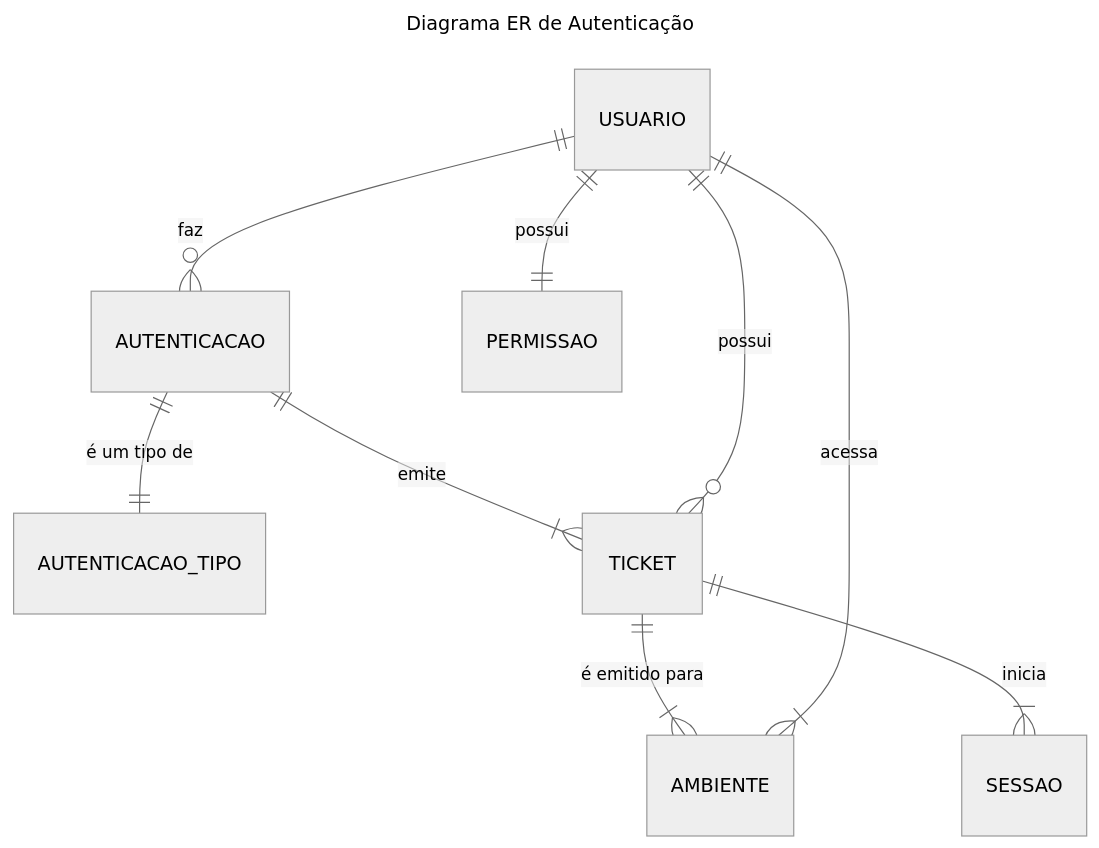
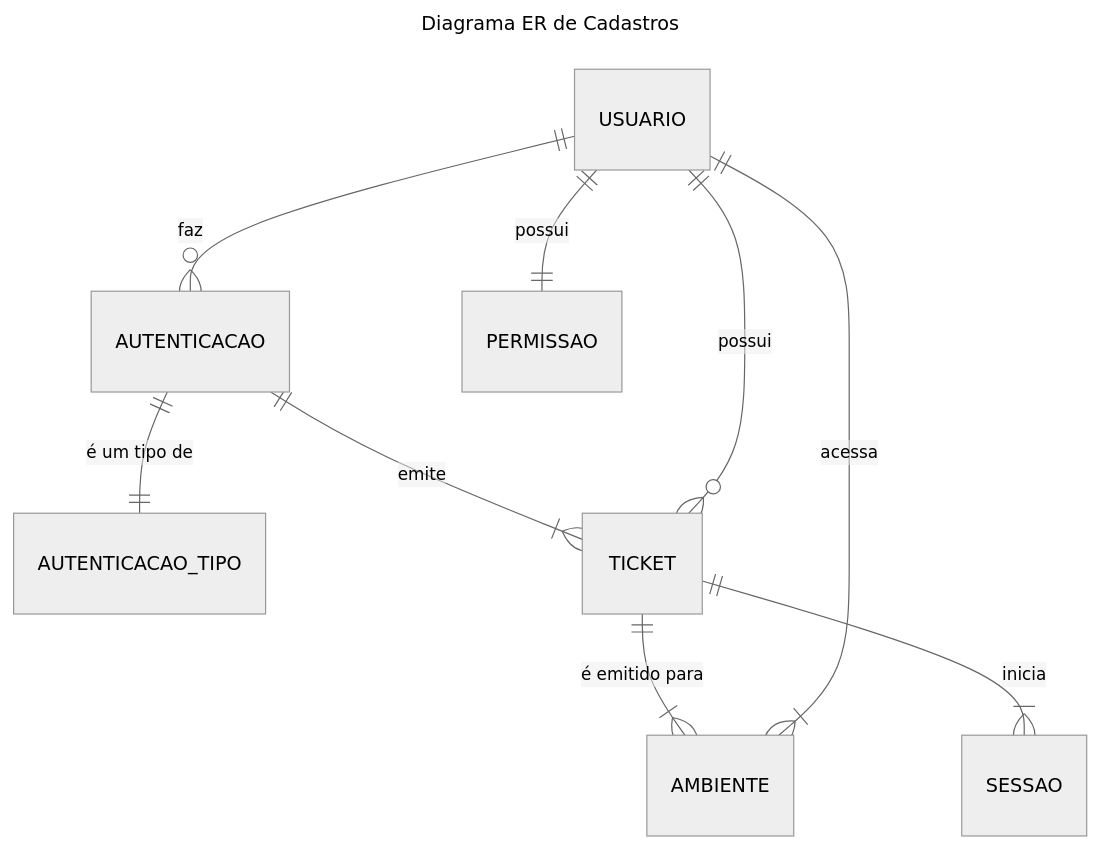
Diagram 24 of 24 in engenharia/diagrams.md (h4mn/fatec_tarefas), drawn with Mermaid (neutral theme) before and after one commit. The commit also changed other lines of this file, not shown here.

Commit message:
add: adiciona diagrama er de cadastro e permissao

````diff
--- a/engenharia/diagrams.md
+++ b/engenharia/diagrams.md
@@ -595,15 +664,15 @@
 ```mermaid
 ---
-title: Diagrama ER de Autenticação
+title: Diagrama ER de Cadastros
 ---
 erDiagram
     AUTENTICACAO ||--|| AUTENTICACAO_TIPO : "é um tipo de"
     USUARIO ||--|| PERMISSAO : "possui"
     USUARIO ||--o{ AUTENTICACAO : "faz"
     AUTENTICACAO ||--|{ TICKET : "emite"
     USUARIO ||--o{ TICKET : "possui"
     TICKET ||--|{ AMBIENTE : "é emitido para"
     TICKET ||--|{ SESSAO : "inicia"
     USUARIO ||--|{ AMBIENTE : "acessa"  
 
 ```
````
